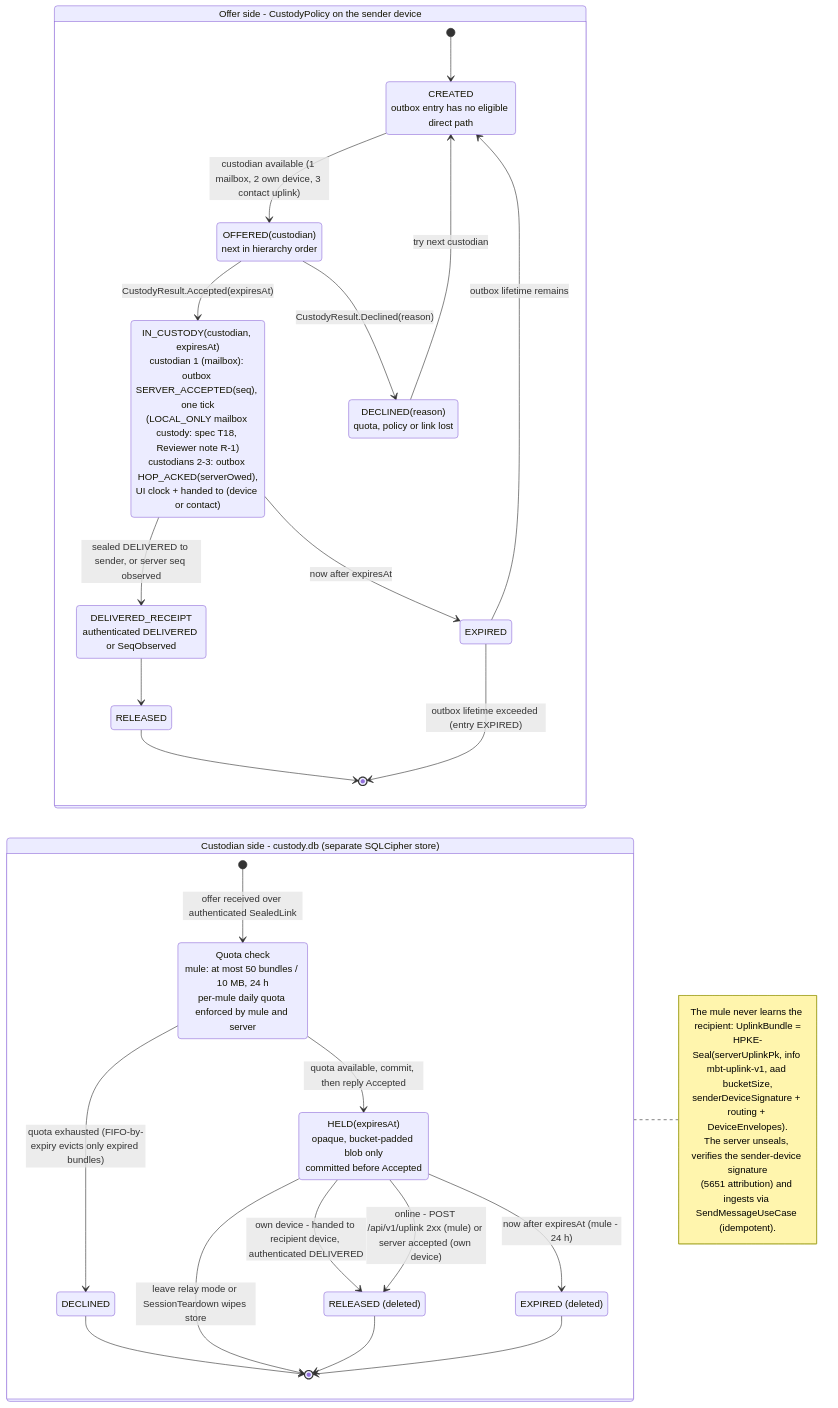
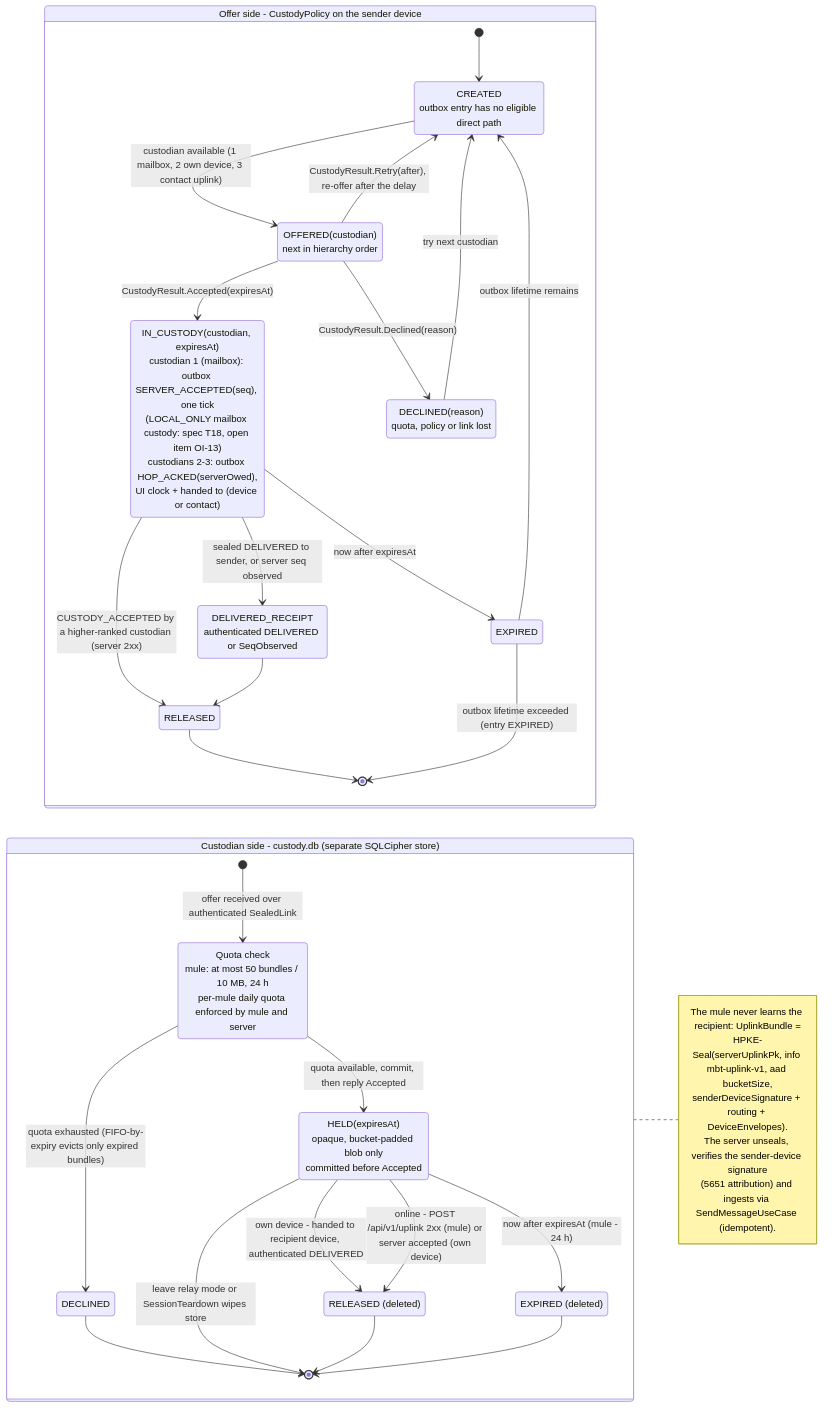
One commit to ahmetabdullahgultekin/Muhabbet changed the diagram in docs/diagrams/custody-state-machine.mmd. Above: the diagram before and after it, drawn with Mermaid. The commit also changed 56 other files, not shown here.

First line of the commit message:
Record the delegated approval review and resolve the open reviewer notes

```diff
--- a/docs/diagrams/custody-state-machine.mmd
+++ b/docs/diagrams/custody-state-machine.mmd
@@ -1,68 +1,72 @@
 %% Bundle custody state machines for INDIRECT delivery (1.3 Relay, gated and droppable).
 %% ADRs: ADR-0025 (custody hierarchy, single-hop sealed uplink), ADR-0021 (server mailbox = custodian 1),
 %%       ADR-0013 (HOP_ACKED / serverOwed, ticks), ADR-0020 (custody.db is a separate encrypted store),
 %%       ADR-0029 (scope: groups above the cap, channels, communities only ever use custodian 1).
 %% Status: Proposed (gated) - pending owner approval in docs/architecture/multi-transport/APPROVAL.md.
 %%   No code before approval. 1.3 entry gate: 1.2 shipped, telemetry over owner threshold (Q-O5), external crypto
 %%   review of uplink sealing, written KVKK opinion (Q-L5), DPIA. Kill criteria in ADR-0025.
 %% Source of truth: decision brief sections 6.2, 9; rows C01-C05 and K01-K06 in
 %%   docs/architecture/multi-transport/delivery-engine-spec.md section 9.
 %% Evidence: LEG-04 (stranger custody fails KVKK), PROX-03, C6 (PoW rejected), C7 (no clear recipient hash), GEM-08.
 %% BPv7 concepts borrowed (not the codec): lifetime, status reports RECEIVED / CUSTODY_ACCEPTED / DELIVERED / DELETED_EXPIRED.
 %% Rules:
 %%   1. Custodians are offered strictly in order: (1) server mailbox, (2) own linked devices, (3) verified contact
 %%      uplink mule. Multi-hop contact mules are research (R-DTN), strangers never.
 %%   2. The custodian commits the bundle BEFORE replying Accepted (persist before ack, P4).
-%%   3. Custody is released only on an authenticated DELIVERED (sealed to the sender) or on expiry.
+%%   3. Custody is released only on (a) an authenticated DELIVERED (sealed to the sender), (b) handover acknowledged by a
+%%      higher-ranked custodian (server 2xx = CUSTODY_ACCEPTED / ServerAccepted), or (c) expiry (ADR-0025 section 1/4;
+%%      brief erratum E-10).
 %%   4. LOCAL_ONLY may use custodians 2-3 only once Q-O3 (receipt retention) is decided.
 stateDiagram-v2
     direction LR
 
     state "Offer side - CustodyPolicy on the sender device" as OfferSM {
         state "CREATED<br/>outbox entry has no eligible direct path" as C_Created
         state "OFFERED(custodian)<br/>next in hierarchy order" as C_Offered
         state "DECLINED(reason)<br/>quota, policy or link lost" as C_Declined
-        state "IN_CUSTODY(custodian, expiresAt)<br/>custodian 1 (mailbox): outbox SERVER_ACCEPTED(seq), one tick<br/>(LOCAL_ONLY mailbox custody: spec T18, Reviewer note R-1)<br/>custodians 2-3: outbox HOP_ACKED(serverOwed),<br/>UI clock + handed to (device or contact)" as C_InCustody
+        state "IN_CUSTODY(custodian, expiresAt)<br/>custodian 1 (mailbox): outbox SERVER_ACCEPTED(seq), one tick<br/>(LOCAL_ONLY mailbox custody: spec T18, open item OI-13)<br/>custodians 2-3: outbox HOP_ACKED(serverOwed),<br/>UI clock + handed to (device or contact)" as C_InCustody
         state "DELIVERED_RECEIPT<br/>authenticated DELIVERED or SeqObserved" as C_Delivered
         state "RELEASED" as C_Released
         state "EXPIRED" as C_Expired
 
         [*] --> C_Created
         C_Created --> C_Offered : custodian available (1 mailbox, 2 own device, 3 contact uplink)
         C_Offered --> C_InCustody : CustodyResult.Accepted(expiresAt)
         C_Offered --> C_Declined : CustodyResult.Declined(reason)
+        C_Offered --> C_Created : CustodyResult.Retry(after), re-offer after the delay
+        C_InCustody --> C_Released : CUSTODY_ACCEPTED by a higher-ranked custodian (server 2xx)
         C_Declined --> C_Created : try next custodian
         C_InCustody --> C_Delivered : sealed DELIVERED to sender, or server seq observed
         C_Delivered --> C_Released
         C_Released --> [*]
         C_InCustody --> C_Expired : now after expiresAt
         C_Expired --> C_Created : outbox lifetime remains
         C_Expired --> [*] : outbox lifetime exceeded (entry EXPIRED)
     }
 
     state "Custodian side - custody.db (separate SQLCipher store)" as HoldSM {
         state "Quota check<br/>mule: at most 50 bundles / 10 MB, 24 h<br/>per-mule daily quota enforced by mule and server" as K_Quota
         state "HELD(expiresAt)<br/>opaque, bucket-padded blob only<br/>committed before Accepted" as K_Held
         state "RELEASED (deleted)" as K_Released
         state "EXPIRED (deleted)" as K_Expired
         state "DECLINED" as K_Declined
 
         [*] --> K_Quota : offer received over authenticated SealedLink
         K_Quota --> K_Held : quota available, commit, then reply Accepted
         K_Quota --> K_Declined : quota exhausted (FIFO-by-expiry evicts only expired bundles)
         K_Declined --> [*]
         K_Held --> K_Released : own device - handed to recipient device, authenticated DELIVERED
         K_Held --> K_Released : online - POST /api/v1/uplink 2xx (mule) or server accepted (own device)
         K_Held --> K_Expired : now after expiresAt (mule - 24 h)
         K_Held --> [*] : leave relay mode or SessionTeardown wipes store
         K_Released --> [*]
         K_Expired --> [*]
     }
 
     note right of HoldSM
         The mule never learns the recipient: UplinkBundle =
         HPKE-Seal(serverUplinkPk, info mbt-uplink-v1, aad bucketSize,
         senderDeviceSignature + routing + DeviceEnvelopes).
         The server unseals, verifies the sender-device signature
         (5651 attribution) and ingests via SendMessageUseCase (idempotent).
     end note
```
